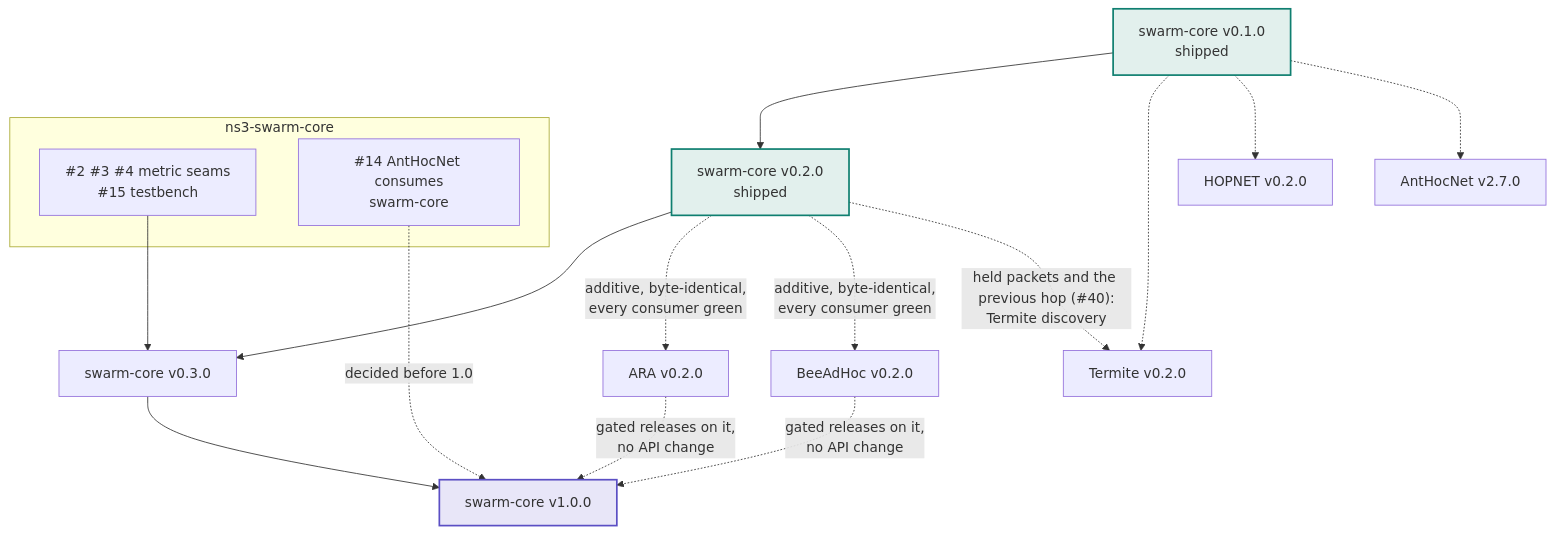
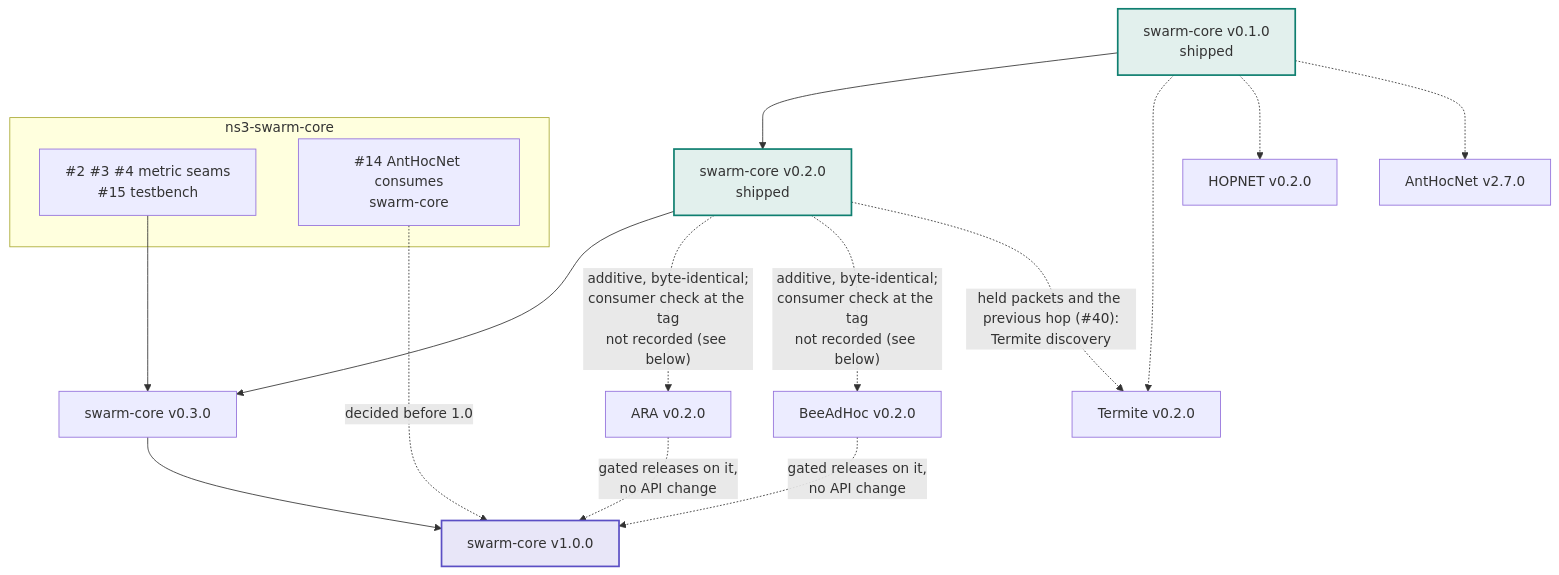
Before and after one commit to swarm-routing/ns3-swarm-core: the second of 2 diagrams in docs/roadmap.md, drawn with Mermaid. The commit also changed other lines of this file, not shown here.

First line of the commit message:
docs(roadmap): v0.2.0 names its tag and commit, and says the consumer check at it was not recorded (#119)

````diff
--- a/docs/roadmap.md
+++ b/docs/roadmap.md
@@ -72,28 +72,28 @@
 ```mermaid
 flowchart TB
     subgraph SC["ns3-swarm-core"]
         MET["#2 #3 #4 metric seams<br/>#15 testbench"]
         I14["#14 AntHocNet consumes<br/>swarm-core"]
     end
 
     ARA["ARA v0.2.0"]
     BEE["BeeAdHoc v0.2.0"]
     TER["Termite v0.2.0"]
     HOP["HOPNET v0.2.0"]
     AHN["AntHocNet v2.7.0"]
 
     V01["swarm-core v0.1.0<br/>shipped"] --> V02["swarm-core v0.2.0<br/>shipped"]
     V02 --> V03["swarm-core v0.3.0"]
     MET --> V03
     V03 --> V10["swarm-core v1.0.0"]
     ARA & BEE -.->|"gated releases on it,<br/>no API change"| V10
     I14 -.->|"decided before 1.0"| V10
-    V02 -.->|"additive, byte-identical,<br/>every consumer green"| ARA & BEE
+    V02 -.->|"additive, byte-identical;<br/>consumer check at the tag<br/>not recorded (see below)"| ARA & BEE
     V02 -.->|"held packets and the previous hop (#40):<br/>Termite discovery"| TER
     V01 -.-> TER & HOP
     V01 -.-> AHN
 
     style V01 fill:#e2f0ed,stroke:#0f7f70,stroke-width:2px
     style V02 fill:#e2f0ed,stroke:#0f7f70,stroke-width:2px
     style V10 fill:#e8e6f8,stroke:#5b4fc4,stroke-width:2px
 ```
````
